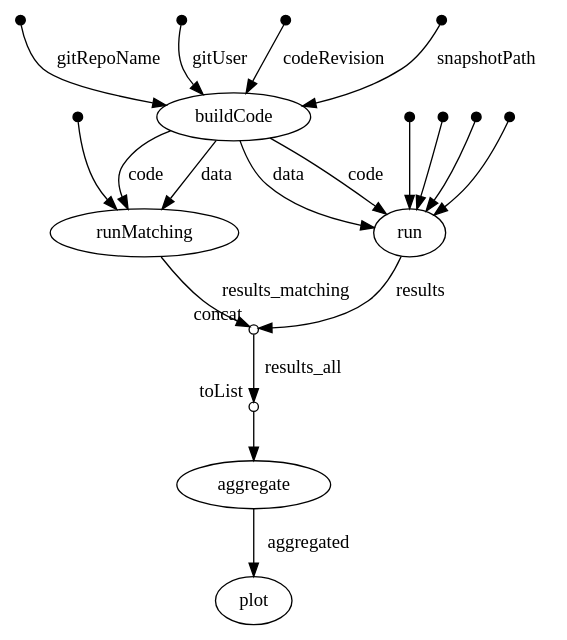
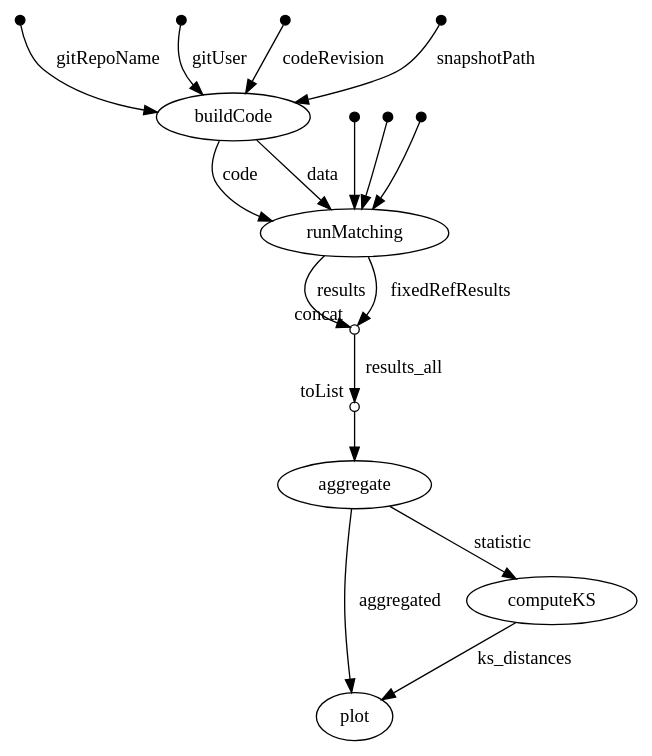
One commit to UBC-Stat-ML/bl-vpt-nextflow changed the diagram in dag.dot. Above: the diagram before and after it, drawn with Graphviz. The commit also changed 34 other files, not shown here.

```diff
--- a/dag.dot
+++ b/dag.dot
@@ -1,74 +1,66 @@
 digraph "dag" {
 p0 [shape=point,label="",fixedsize=true,width=0.1];
 p4 [label="buildCode"];
 p0 -> p4 [label="gitRepoName"];
 
 p1 [shape=point,label="",fixedsize=true,width=0.1];
 p4 [label="buildCode"];
 p1 -> p4 [label="gitUser"];
 
 p2 [shape=point,label="",fixedsize=true,width=0.1];
 p4 [label="buildCode"];
 p2 -> p4 [label="codeRevision"];
 
 p3 [shape=point,label="",fixedsize=true,width=0.1];
 p4 [label="buildCode"];
 p3 -> p4 [label="snapshotPath"];
 
 p4 [label="buildCode"];
-p9 [label="run"];
-p4 -> p9 [label="code"];
+p8 [label="runMatching"];
+p4 -> p8 [label="code"];
 
 p4 [label="buildCode"];
-p9 [label="run"];
-p4 -> p9 [label="data"];
+p8 [label="runMatching"];
+p4 -> p8 [label="data"];
 
 p5 [shape=point,label="",fixedsize=true,width=0.1];
-p9 [label="run"];
-p5 -> p9;
+p8 [label="runMatching"];
+p5 -> p8;
 
 p6 [shape=point,label="",fixedsize=true,width=0.1];
-p9 [label="run"];
-p6 -> p9;
+p8 [label="runMatching"];
+p6 -> p8;
 
 p7 [shape=point,label="",fixedsize=true,width=0.1];
-p9 [label="run"];
-p7 -> p9;
+p8 [label="runMatching"];
+p7 -> p8;
 
-p8 [shape=point,label="",fixedsize=true,width=0.1];
-p9 [label="run"];
-p8 -> p9;
+p8 [label="runMatching"];
+p9 [shape=circle,label="",fixedsize=true,width=0.1,xlabel="concat"];
+p8 -> p9 [label="results"];
 
-p9 [label="run"];
-p12 [shape=circle,label="",fixedsize=true,width=0.1,xlabel="concat"];
-p9 -> p12 [label="results"];
+p8 [label="runMatching"];
+p9 [shape=circle,label="",fixedsize=true,width=0.1,xlabel="concat"];
+p8 -> p9 [label="fixedRefResults"];
 
-p10 [shape=point,label="",fixedsize=true,width=0.1];
-p11 [label="runMatching"];
+p9 [shape=circle,label="",fixedsize=true,width=0.1,xlabel="concat"];
+p10 [shape=circle,label="",fixedsize=true,width=0.1,xlabel="toList"];
+p9 -> p10 [label="results_all"];
+
+p10 [shape=circle,label="",fixedsize=true,width=0.1,xlabel="toList"];
+p11 [label="aggregate"];
 p10 -> p11;
 
-p4 [label="buildCode"];
-p11 [label="runMatching"];
-p4 -> p11 [label="code"];
+p11 [label="aggregate"];
+p13 [label="plot"];
+p11 -> p13 [label="aggregated"];
 
-p4 [label="buildCode"];
-p11 [label="runMatching"];
-p4 -> p11 [label="data"];
+p11 [label="aggregate"];
+p12 [label="computeKS"];
+p11 -> p12 [label="statistic"];
 
-p11 [label="runMatching"];
-p12 [shape=circle,label="",fixedsize=true,width=0.1,xlabel="concat"];
-p11 -> p12 [label="results_matching"];
-
-p12 [shape=circle,label="",fixedsize=true,width=0.1,xlabel="concat"];
-p13 [shape=circle,label="",fixedsize=true,width=0.1,xlabel="toList"];
-p12 -> p13 [label="results_all"];
-
-p13 [shape=circle,label="",fixedsize=true,width=0.1,xlabel="toList"];
-p14 [label="aggregate"];
-p13 -> p14;
-
-p14 [label="aggregate"];
-p15 [label="plot"];
-p14 -> p15 [label="aggregated"];
+p12 [label="computeKS"];
+p13 [label="plot"];
+p12 -> p13 [label="ks_distances"];
 
 }
```
